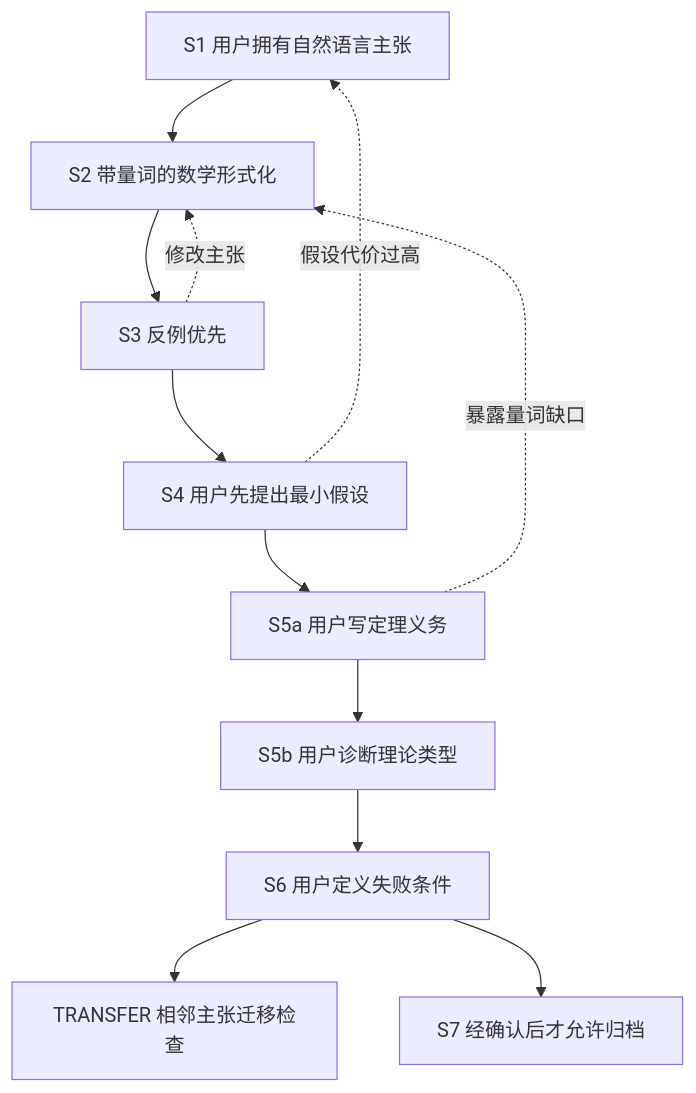
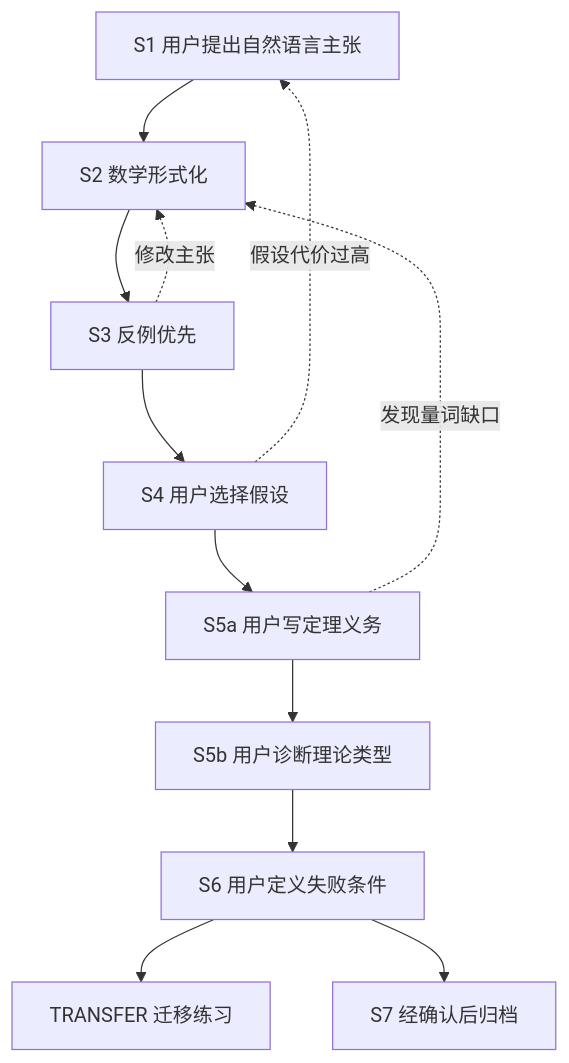
One commit to ARC0127/Claim changed the diagram in README.md. Above: the diagram before and after it, drawn with Mermaid. The commit also changed other lines of this file, not shown here.

````diff
--- a/README.md
+++ b/README.md
@@ -91,14 +154,14 @@
 ```mermaid
 flowchart TD
-    S1["S1 用户拥有自然语言主张"] --> S2["S2 带量词的数学形式化"]
+    S1["S1 用户提出自然语言主张"] --> S2["S2 数学形式化"]
     S2 --> S3["S3 反例优先"]
-    S3 --> S4["S4 用户先提出最小假设"]
+    S3 --> S4["S4 用户选择假设"]
     S4 --> S5A["S5a 用户写定理义务"]
     S5A --> S5B["S5b 用户诊断理论类型"]
     S5B --> S6["S6 用户定义失败条件"]
-    S6 --> T["TRANSFER 相邻主张迁移检查"]
-    S6 --> S7["S7 经确认后才允许归档"]
+    S6 --> T["TRANSFER 迁移练习"]
+    S6 --> S7["S7 经确认后归档"]
     S3 -. 修改主张 .-> S2
     S4 -. 假设代价过高 .-> S1
-    S5A -. 暴露量词缺口 .-> S2
+    S5A -. 发现量词缺口 .-> S2
 ```
````
